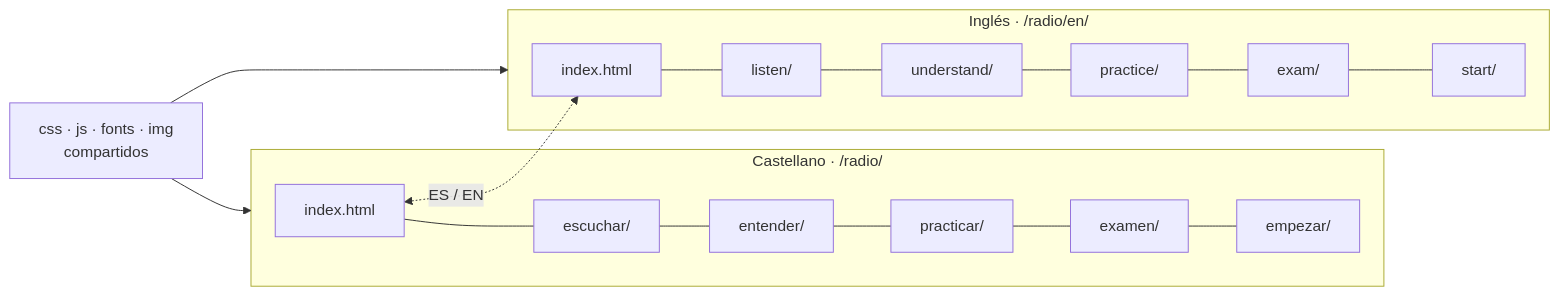
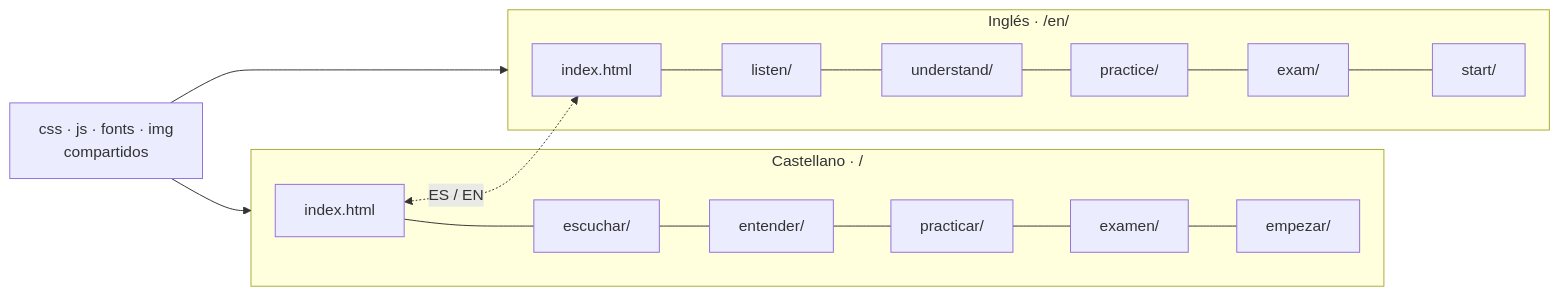
The diagram in docs/IDIOMAS.md (serbenda/radio), drawn with Mermaid before and after one commit. The commit also changed other lines of this file and 39 other files, not shown here.

````diff
--- a/docs/IDIOMAS.md
+++ b/docs/IDIOMAS.md
@@ -17,11 +17,11 @@
 ```mermaid
 flowchart LR
-  subgraph ES["Castellano · /radio/"]
+  subgraph ES["Castellano · /"]
     E1[index.html] --- E2[escuchar/] --- E3[entender/] --- E4[practicar/] --- E5[examen/] --- E6[empezar/]
   end
-  subgraph EN["Inglés · /radio/en/"]
+  subgraph EN["Inglés · /en/"]
     N1[index.html] --- N2[listen/] --- N3[understand/] --- N4[practice/] --- N5[exam/] --- N6[start/]
   end
   M[css · js · fonts · img<br/>compartidos] --> ES & EN
   E1 <-. ES / EN .-> N1
 ```
````
